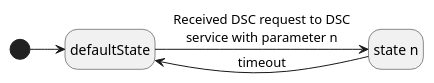
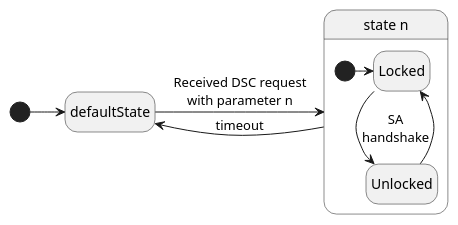
The diagram in images/uml/ecu-state-machine.puml (akorb/bachelor-thesis), drawn with PlantUML before and after one commit. The commit also changed 5 other files, not shown here.

```diff
--- a/images/uml/ecu-state-machine.puml
+++ b/images/uml/ecu-state-machine.puml
@@ -1,10 +1,17 @@
 @startuml
 hide empty description
 
-state "state n" as stateN
 
-[*] -right-> defaultState
-defaultState -right-> stateN : Received DSC request to DSC\nservice with parameter n
+[*] -right> defaultState
+defaultState -right-> stateN : Received DSC request\nwith parameter n
 
 stateN -left->  defaultState : timeout
+
+state "state n" as stateN {
+  state Locked
+  state Unlocked
+  [*] -> Locked
+  Locked --> Unlocked : SA\nhandshake
+  Unlocked --> Locked
+}
 @enduml
```
